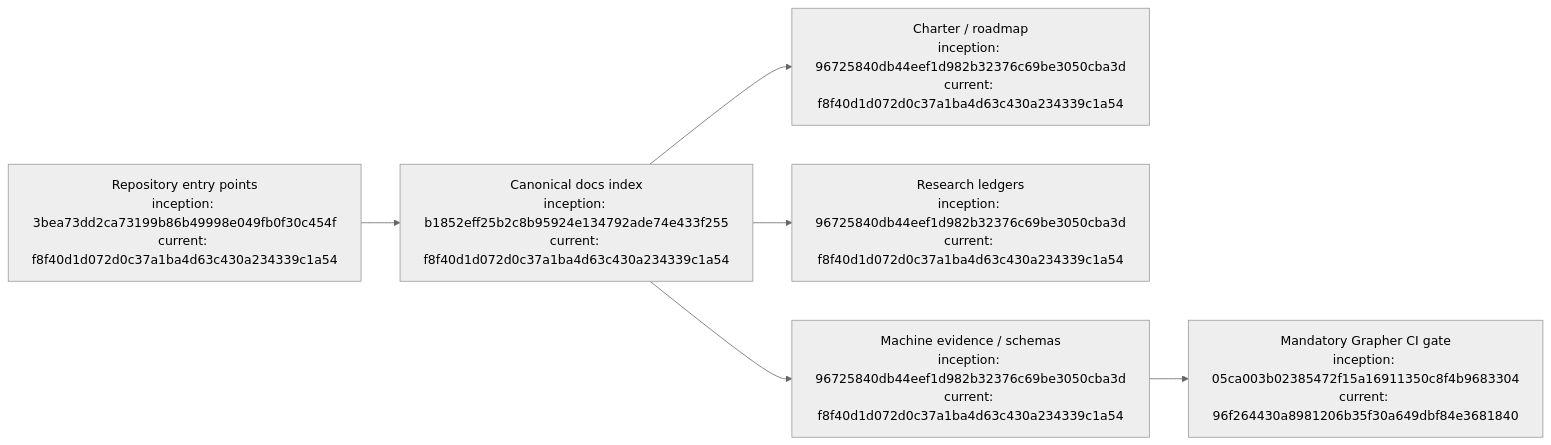
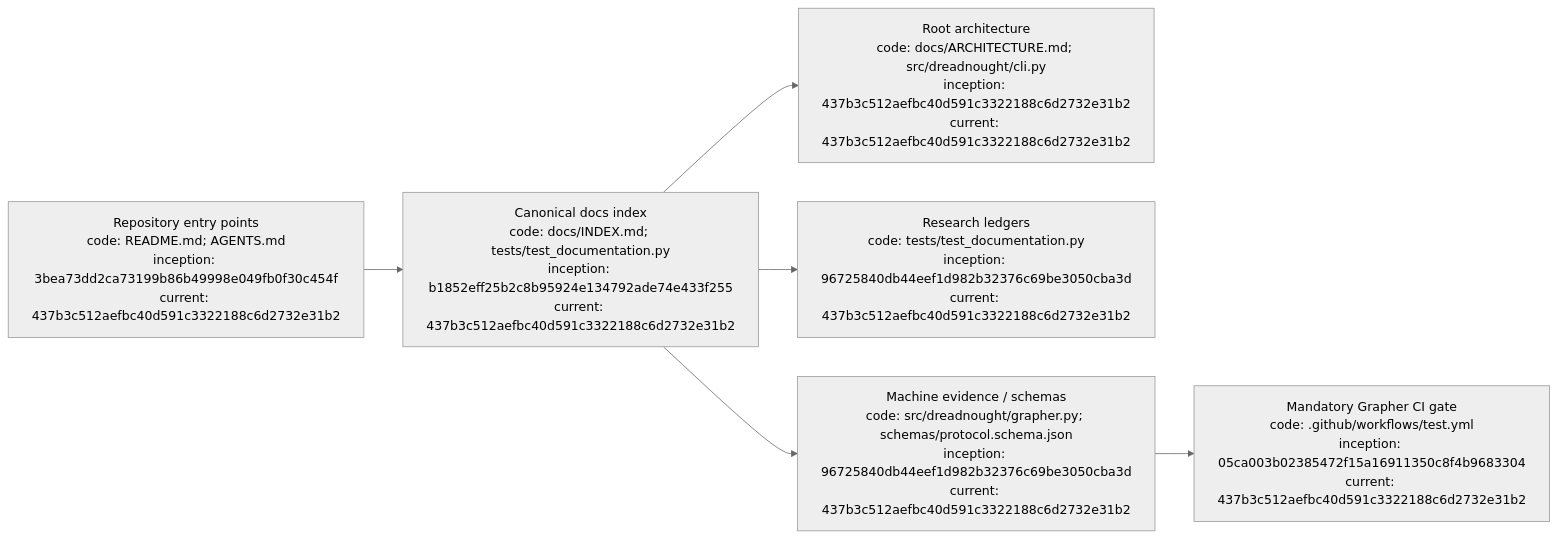
The diagram in docs/INDEX.md (seanbman/dreadnought), drawn with Mermaid (neutral theme) before and after one commit. The commit also changed other lines of this file, not shown here.

Commit message:
docs: index root architecture and code-linked diagrams

````diff
--- a/docs/INDEX.md
+++ b/docs/INDEX.md
@@ -52,8 +60,8 @@
 ```mermaid
 flowchart LR
-    R["Repository entry points<br/>inception: 3bea73dd2ca73199b86b49998e049fb0f30c454f<br/>current: f8f40d1d072d0c37a1ba4d63c430a234339c1a54"] --> I["Canonical docs index<br/>inception: b1852eff25b2c8b95924e134792ade74e433f255<br/>current: f8f40d1d072d0c37a1ba4d63c430a234339c1a54"]
-    I --> C["Charter / roadmap<br/>inception: 96725840db44eef1d982b32376c69be3050cba3d<br/>current: f8f40d1d072d0c37a1ba4d63c430a234339c1a54"]
-    I --> L["Research ledgers<br/>inception: 96725840db44eef1d982b32376c69be3050cba3d<br/>current: f8f40d1d072d0c37a1ba4d63c430a234339c1a54"]
-    I --> P["Machine evidence / schemas<br/>inception: 96725840db44eef1d982b32376c69be3050cba3d<br/>current: f8f40d1d072d0c37a1ba4d63c430a234339c1a54"]
-    P --> G["Mandatory Grapher CI gate<br/>inception: 05ca003b02385472f15a16911350c8f4b9683304<br/>current: 96f264430a8981206b35f30a649dbf84e3681840"]
+    R["Repository entry points\ncode: README.md; AGENTS.md\ninception: 3bea73dd2ca73199b86b49998e049fb0f30c454f\ncurrent: 437b3c512aefbc40d591c3322188c6d2732e31b2"] --> I["Canonical docs index\ncode: docs/INDEX.md; tests/test_documentation.py\ninception: b1852eff25b2c8b95924e134792ade74e433f255\ncurrent: 437b3c512aefbc40d591c3322188c6d2732e31b2"]
+    I --> A["Root architecture\ncode: docs/ARCHITECTURE.md; src/dreadnought/cli.py\ninception: 437b3c512aefbc40d591c3322188c6d2732e31b2\ncurrent: 437b3c512aefbc40d591c3322188c6d2732e31b2"]
+    I --> L["Research ledgers\ncode: tests/test_documentation.py\ninception: 96725840db44eef1d982b32376c69be3050cba3d\ncurrent: 437b3c512aefbc40d591c3322188c6d2732e31b2"]
+    I --> P["Machine evidence / schemas\ncode: src/dreadnought/grapher.py; schemas/protocol.schema.json\ninception: 96725840db44eef1d982b32376c69be3050cba3d\ncurrent: 437b3c512aefbc40d591c3322188c6d2732e31b2"]
+    P --> G["Mandatory Grapher CI gate\ncode: .github/workflows/test.yml\ninception: 05ca003b02385472f15a16911350c8f4b9683304\ncurrent: 437b3c512aefbc40d591c3322188c6d2732e31b2"]
 ```
````
